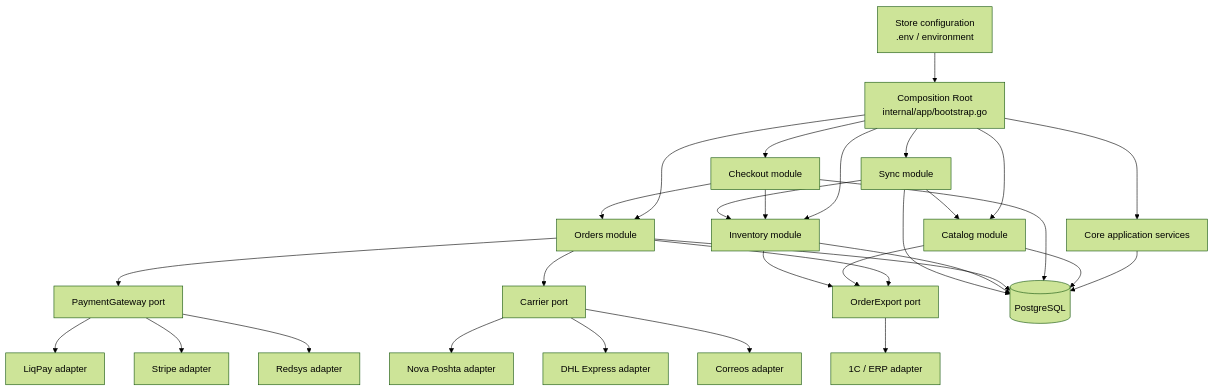
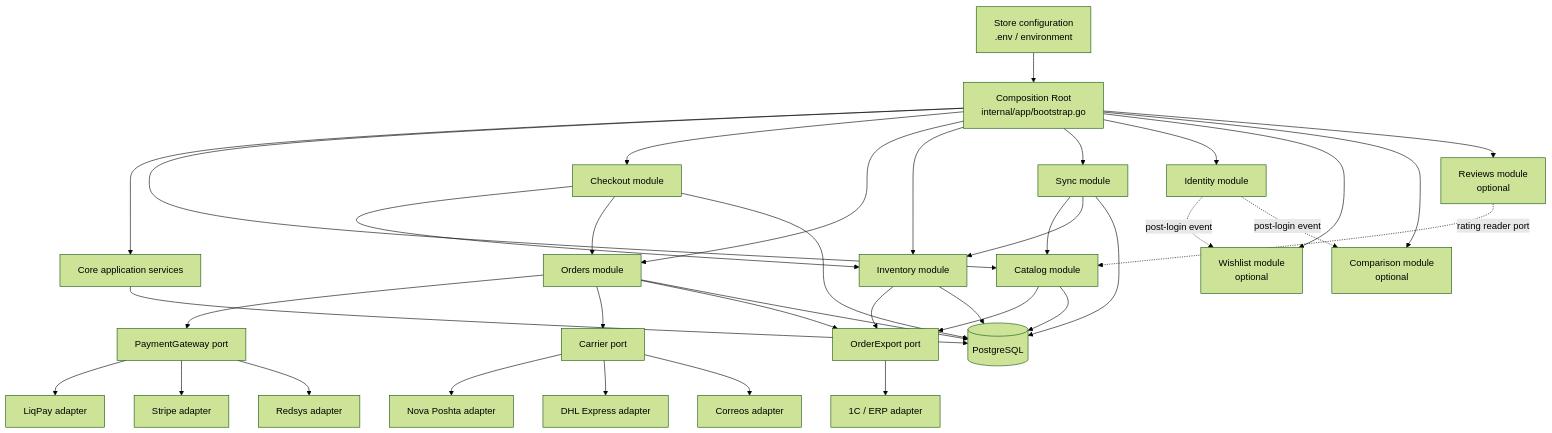
One commit to VladHrytsaiuk/ecommerce-core changed the diagram in ARCHITECTURE.md. Above: the diagram before and after it, drawn with Mermaid (forest theme). The commit also changed other lines of this file and 44 other files, not shown here.

Commit message:
feat(engagement): add wishlist comparison and reviews modules

````diff
--- a/ARCHITECTURE.md
+++ b/ARCHITECTURE.md
@@ -45,37 +45,44 @@
 ```mermaid
 flowchart TB
     Config[Store configuration\n.env / environment] --> Bootstrap[Composition Root\ninternal/app/bootstrap.go]
 
     Bootstrap --> Core[Core application services]
     Bootstrap --> Catalog[Catalog module]
     Bootstrap --> Checkout[Checkout module]
     Bootstrap --> Orders[Orders module]
     Bootstrap --> Inventory[Inventory module]
     Bootstrap --> Sync[Sync module]
+    Bootstrap --> Identity[Identity module]
+    Bootstrap --> Wishlist[Wishlist module\noptional]
+    Bootstrap --> Comparison[Comparison module\noptional]
+    Bootstrap --> Reviews[Reviews module\noptional]
 
     Checkout --> Inventory
     Checkout --> Orders
     Orders --> PaymentsPort[PaymentGateway port]
     Orders --> DeliveryPort[Carrier port]
     Orders --> SyncPort[OrderExport port]
 
     Catalog --> SyncPort
     Inventory --> SyncPort
     Sync --> Catalog
     Sync --> Inventory
+    Identity -. post-login event .-> Wishlist
+    Identity -. post-login event .-> Comparison
+    Reviews -. rating reader port .-> Catalog
 
     PaymentsPort --> LiqPay[LiqPay adapter]
     PaymentsPort --> Stripe[Stripe adapter]
     PaymentsPort --> Redsys[Redsys adapter]
     DeliveryPort --> Nova[Nova Poshta adapter]
     DeliveryPort --> DHL[DHL Express adapter]
     DeliveryPort --> Correos[Correos adapter]
     SyncPort --> OneC[1C / ERP adapter]
 
     Core --> DB[(PostgreSQL)]
     Catalog --> DB
     Checkout --> DB
     Orders --> DB
     Inventory --> DB
     Sync --> DB
 ```
````
